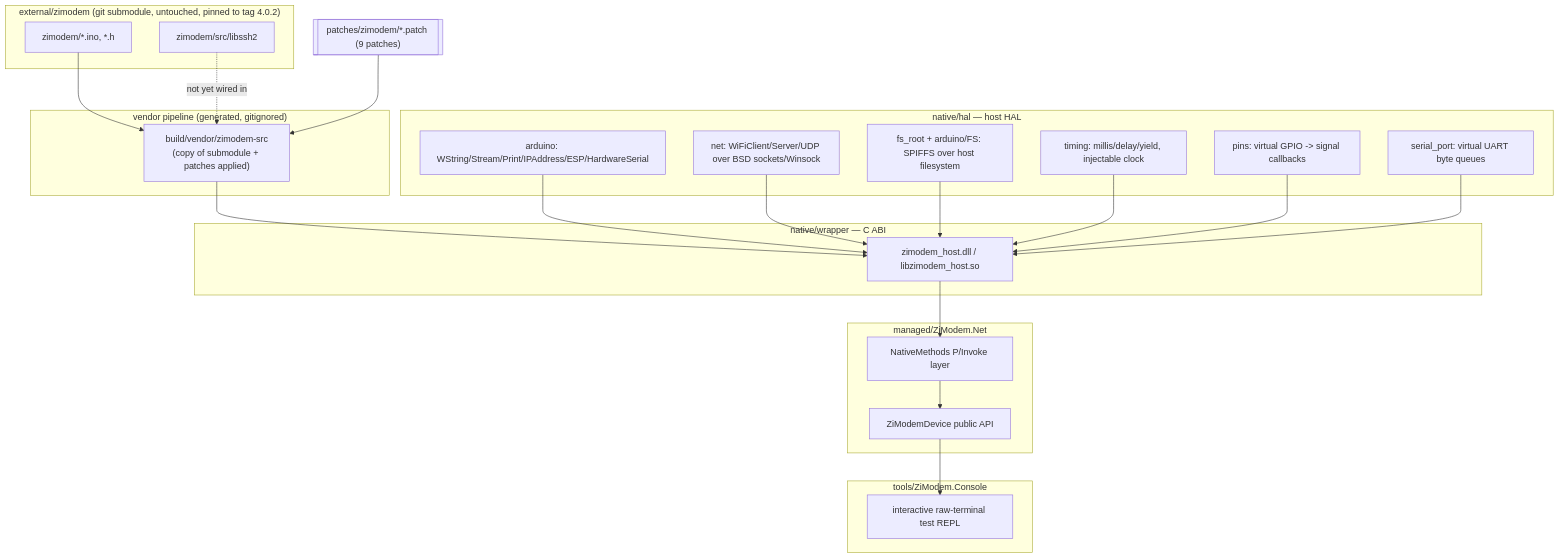
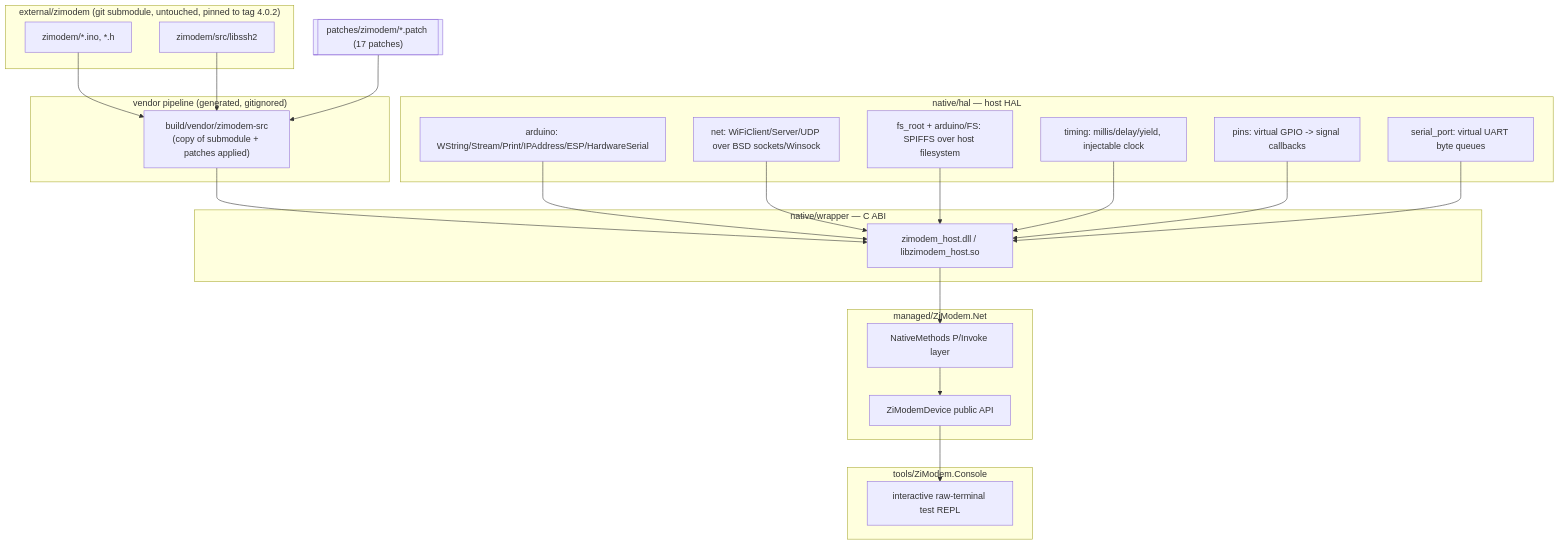
The diagram in docs/native-wrapper-spec.md (Yazwh0/BitMagic.ZiModem), drawn with Mermaid before and after one commit. The commit also changed other lines of this file and 13 other files, not shown here.

````diff
--- a/docs/native-wrapper-spec.md
+++ b/docs/native-wrapper-spec.md
@@ -97,45 +100,45 @@
 ```mermaid
 flowchart TB
     subgraph submodule["external/zimodem (git submodule, untouched, pinned to tag 4.0.2)"]
         A[zimodem/*.ino, *.h]
         B[zimodem/src/libssh2]
     end
 
     subgraph vendor["vendor pipeline (generated, gitignored)"]
         C["build/vendor/zimodem-src\n(copy of submodule + patches applied)"]
     end
 
     subgraph hal["native/hal — host HAL"]
         D[arduino: WString/Stream/Print/IPAddress/ESP/HardwareSerial]
         E[net: WiFiClient/Server/UDP over BSD sockets/Winsock]
         F[fs_root + arduino/FS: SPIFFS over host filesystem]
         G[timing: millis/delay/yield, injectable clock]
         H[pins: virtual GPIO -> signal callbacks]
         I[serial_port: virtual UART byte queues]
     end
 
     subgraph wrapper["native/wrapper — C ABI"]
         J[zimodem_host.dll / libzimodem_host.so]
     end
 
     subgraph csharp["managed/ZiModem.Net"]
         K[NativeMethods P/Invoke layer]
         L[ZiModemDevice public API]
     end
 
     subgraph consoleapp["tools/ZiModem.Console"]
         M[interactive raw-terminal test REPL]
     end
 
     A --> C
-    B -.not yet wired in.-> C
-    Patches[["patches/zimodem/*.patch (9 patches)"]] --> C
+    B --> C
+    Patches[["patches/zimodem/*.patch (17 patches)"]] --> C
     C --> J
     D --> J
     E --> J
     F --> J
     G --> J
     H --> J
     I --> J
     J --> K --> L --> M
 ```
````
